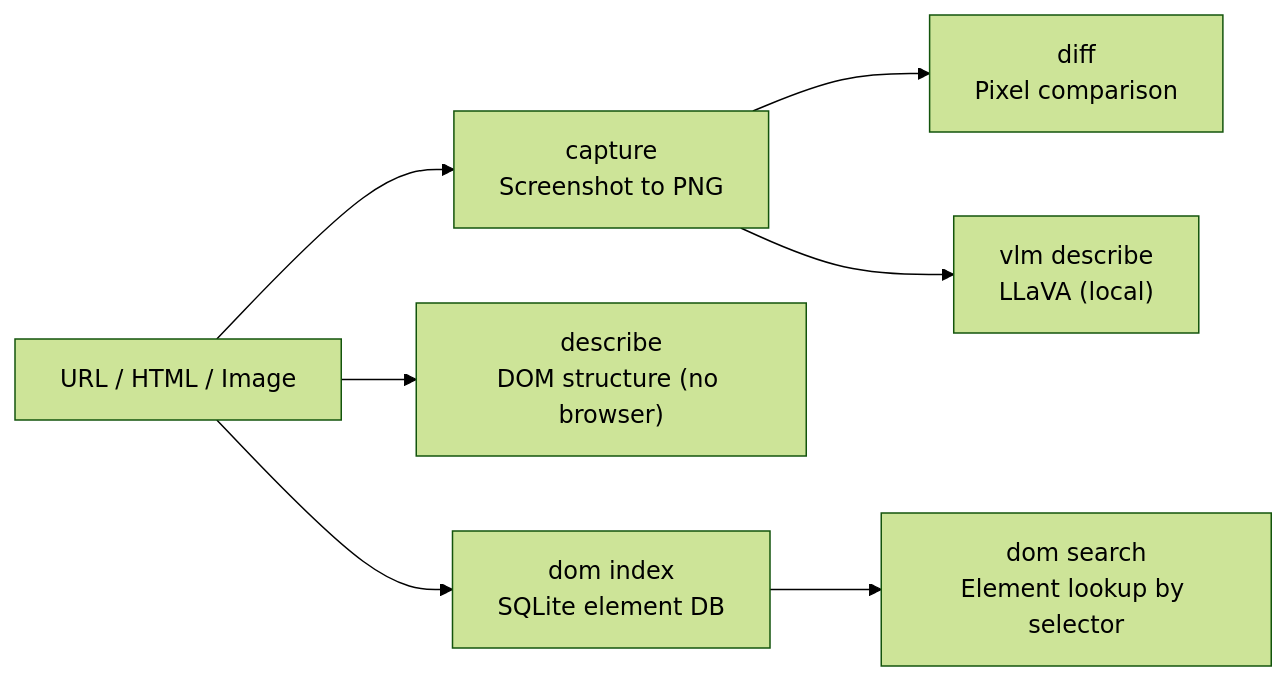
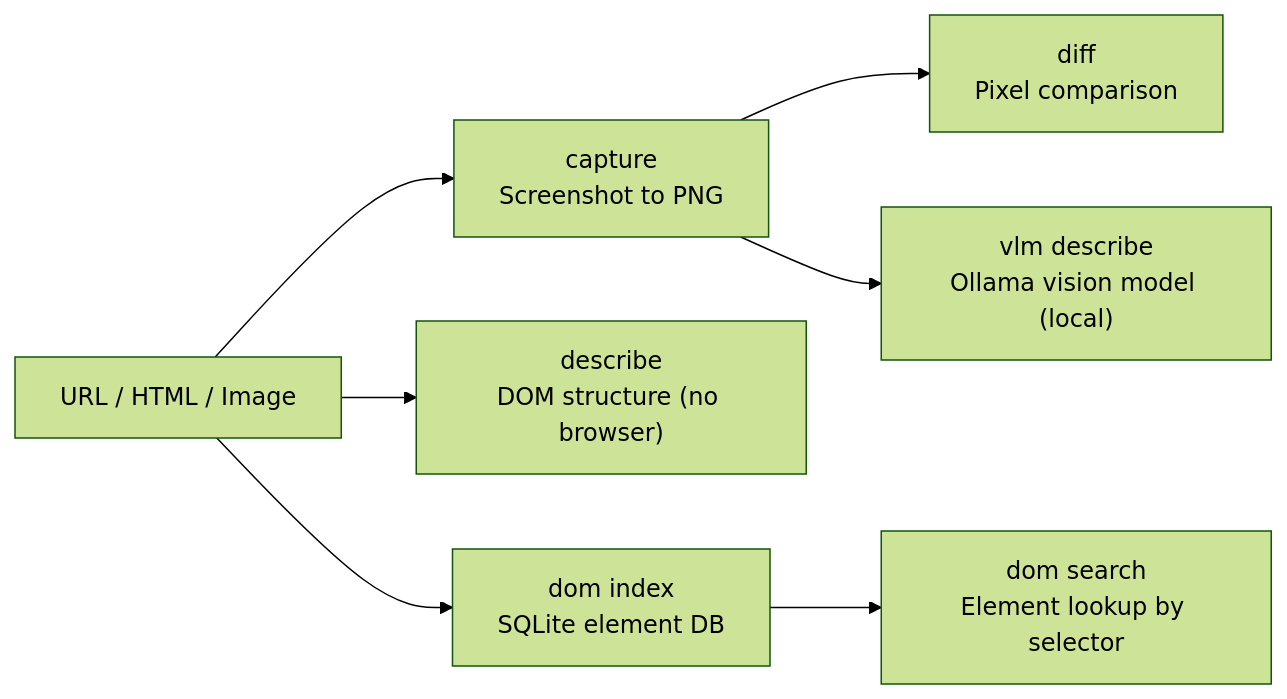
The diagram in README.md (autonomic-ai-dev/agent-eyes), drawn with Mermaid (forest theme) before and after one commit. The commit also changed other lines of this file and 9 other files, not shown here.

First line of the commit message:
feat(eyes): Ollama VLM backend and Playwright screenshot capture (#30)

````diff
--- a/README.md
+++ b/README.md
@@ -25,11 +25,11 @@
 ```mermaid
 flowchart LR
     Input["URL / HTML / Image"] --> Capture["capture<br>Screenshot to PNG"]
     Input --> Describe["describe<br>DOM structure (no browser)"]
     Input --> Index["dom index<br>SQLite element DB"]
 
     Capture --> Diff["diff<br>Pixel comparison"]
-    Capture --> VLM["vlm describe<br>LLaVA (local)"]
+    Capture --> VLM["vlm describe<br>Ollama vision model (local)"]
 
     Index --> Search["dom search<br>Element lookup by selector"]
 ```
````
